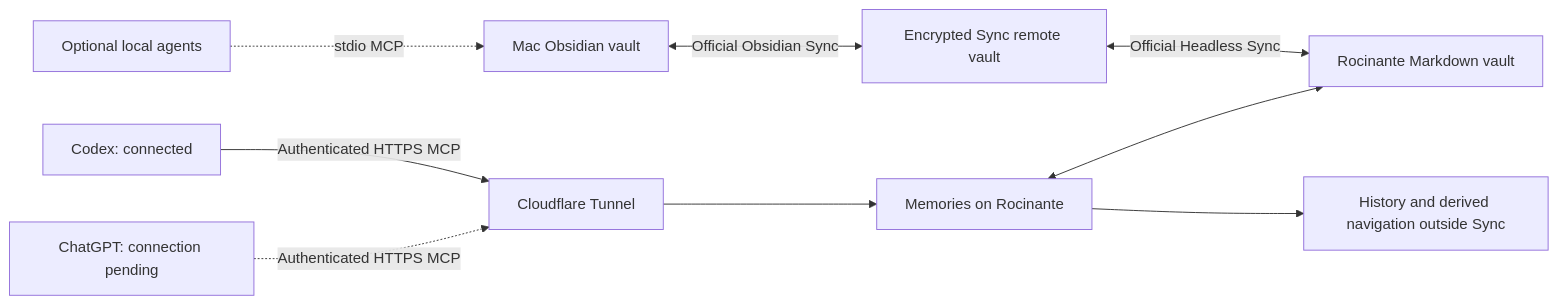
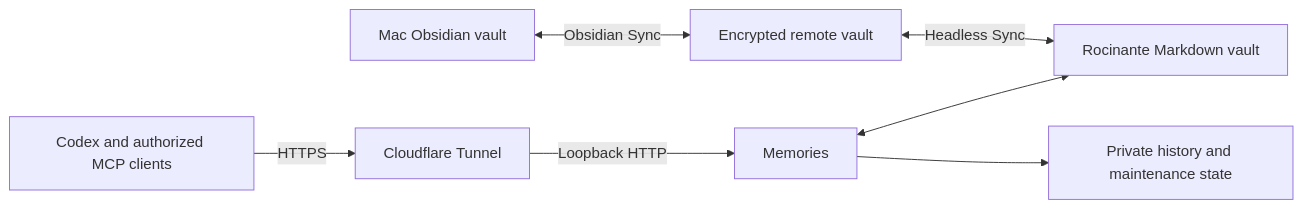
Before and after one commit to jzfre/memories: the diagram in docs/filesystem-memories.md, drawn with Mermaid. The commit also changed other lines of this file and 158 other files, not shown here.

````diff
--- a/docs/filesystem-memories.md
+++ b/docs/filesystem-memories.md
@@ -7,11 +5,9 @@
 ```mermaid
 flowchart LR
-  Mac[Mac Obsidian vault] <-->|Official Obsidian Sync| Remote[Encrypted Sync remote vault]
-  Remote <-->|Official Headless Sync| Roci[Rocinante Markdown vault]
-  Codex[Codex: connected] -->|Authenticated HTTPS MCP| Tunnel[Cloudflare Tunnel]
-  Chat[ChatGPT: connection pending] -.->|Authenticated HTTPS MCP| Tunnel
-  Tunnel --> MCP[Memories on Rocinante]
-  Local[Optional local agents] -.->|stdio MCP| Mac
-  MCP <--> Roci
-  MCP --> State[History and derived navigation outside Sync]
+  Mac[Mac Obsidian vault] <-->|Obsidian Sync| Remote[Encrypted remote vault]
+  Remote <-->|Headless Sync| Vault[Rocinante Markdown vault]
+  Clients[Codex and authorized MCP clients] -->|HTTPS| Tunnel[Cloudflare Tunnel]
+  Tunnel -->|Loopback HTTP| MCP[Memories]
+  MCP <--> Vault
+  MCP --> State[Private history and maintenance state]
 ```
````
